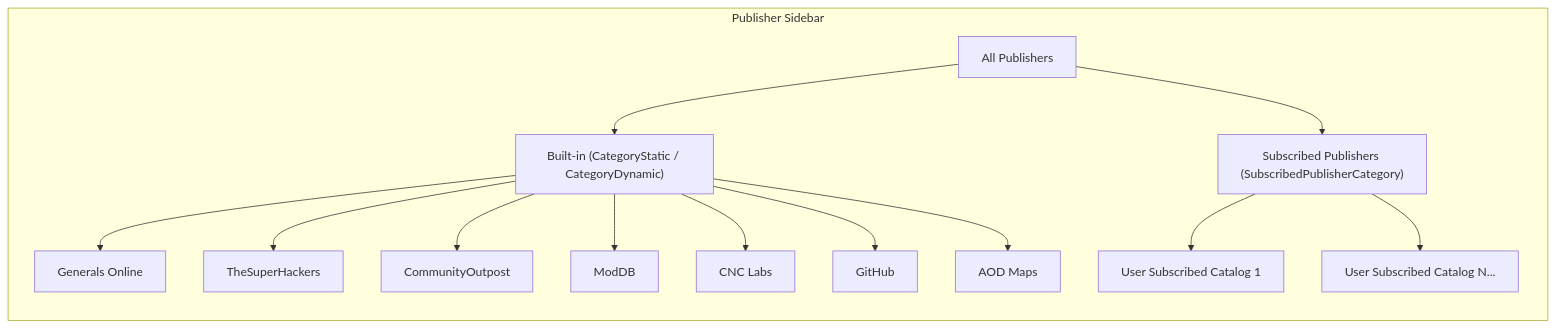
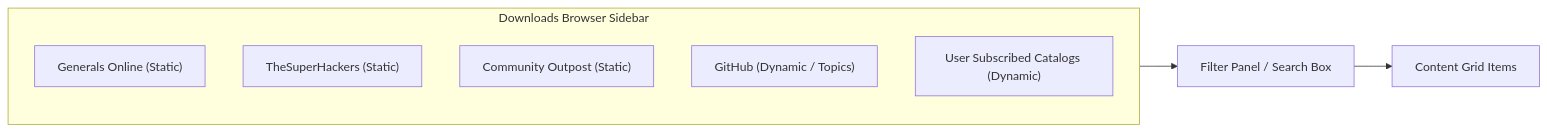
Before and after one commit to undead2146/GenHub: the second of 5 diagrams in docs/features/downloads.md, drawn with Mermaid. The commit also changed other lines of this file and 215 other files, not shown here.

Commit message:
feat(downloads): replace publisher cards with unified downloads browser view (#443)

````diff
--- a/docs/features/downloads.md
+++ b/docs/features/downloads.md
@@ -102,29 +125,14 @@
 ```mermaid
 flowchart LR
-    subgraph Sidebar["Publisher Sidebar"]
-        P1["All Publishers"]
-        P2["Built-in (CategoryStatic / CategoryDynamic)"]
-        P3["Generals Online"]
-        P4["TheSuperHackers"]
-        P5["CommunityOutpost"]
-        P7["ModDB"]
-        P8["CNC Labs"]
-        P9["GitHub"]
-        P10["AOD Maps"]
-        P11["Subscribed Publishers (SubscribedPublisherCategory)"]
-        P12["User Subscribed Catalog 1"]
-        P13["User Subscribed Catalog N..."]
+    subgraph Sidebar["Downloads Browser Sidebar"]
+        direction TB
+        B1["Generals Online (Static)"]
+        B2["TheSuperHackers (Static)"]
+        B3["Community Outpost (Static)"]
+        B4["GitHub (Dynamic / Topics)"]
+        S1["User Subscribed Catalogs (Dynamic)"]
     end
 
-    P1 --> P2
-    P1 --> P11
-    P2 --> P3
-    P2 --> P4
-    P2 --> P5
-    P2 --> P7
-    P2 --> P8
-    P2 --> P9
-    P2 --> P10
-    P11 --> P12
-    P11 --> P13
+    Sidebar --> Filter["Filter Panel / Search Box"]
+    Filter --> Grid["Content Grid Items"]
 ```
````
